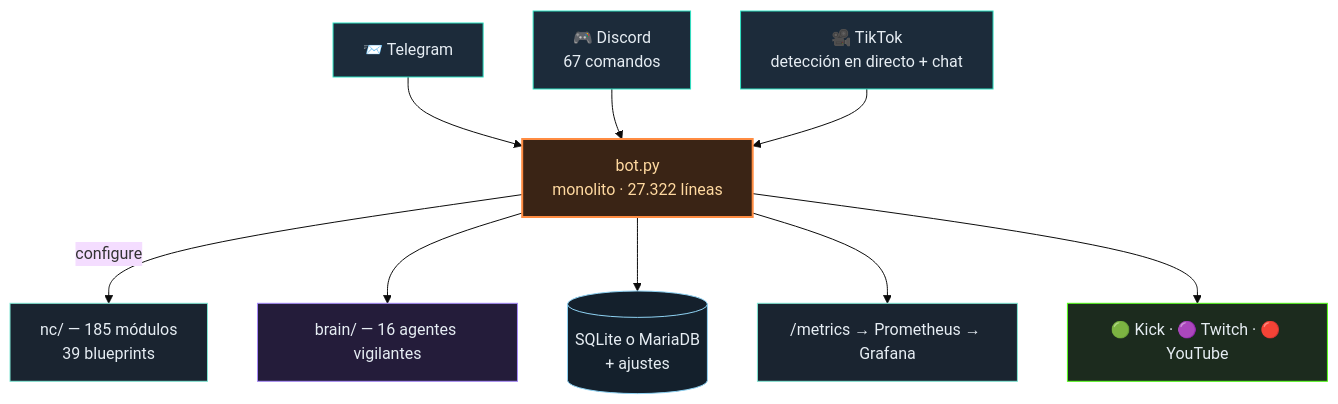
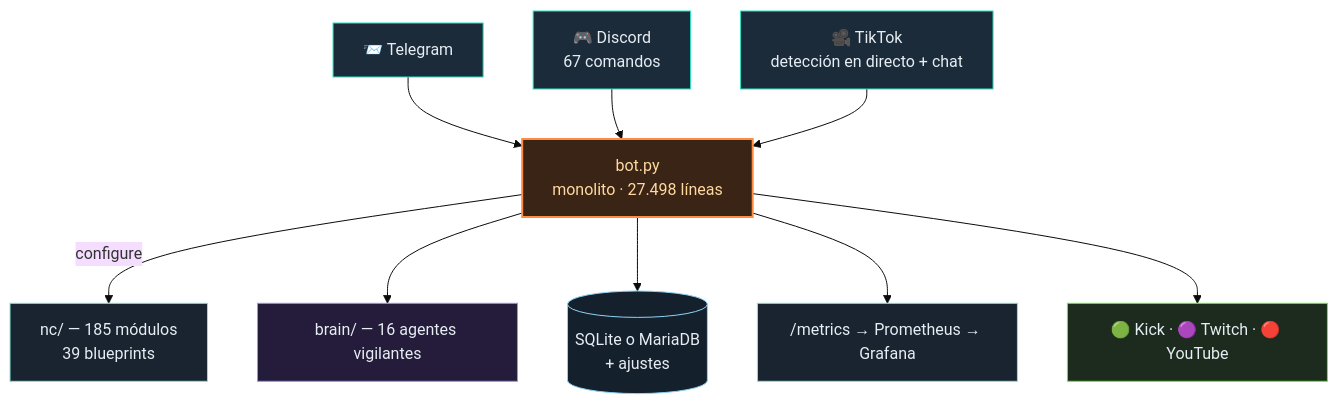
Before and after one commit to itsamemedev/Telegram-Stream-Info-Bot: the diagram in README.es.md, drawn with Mermaid (base theme). The commit also changed other lines of this file and 33 other files, not shown here.

````diff
--- a/README.es.md
+++ b/README.es.md
@@ -64,18 +64,18 @@
 ```mermaid
 flowchart TB
     TG["📨 Telegram"]:::ein --> BOT
     DC["🎮 Discord<br/>67 comandos"]:::ein --> BOT
     TT["🎥 TikTok<br/>detección en directo + chat"]:::ein --> BOT
-    BOT["bot.py<br/>monolito · 27.322 líneas"]:::core
+    BOT["bot.py<br/>monolito · 27.498 líneas"]:::core
     BOT -->|configure| NC["nc/ — 185 módulos<br/>39 blueprints"]:::lib
     BOT --> BRAIN["brain/ — 16 agentes vigilantes"]:::brain
     BOT --> DB[("SQLite o MariaDB<br/>+ ajustes")]:::db
     BOT --> PROM["/metrics → Prometheus → Grafana"]:::lib
     BOT --> OUT["🟢 Kick · 🟣 Twitch · 🔴 YouTube"]:::out
     classDef ein fill:#1c2b3a,stroke:#2de1c2,color:#e6edf3
     classDef core fill:#3a2415,stroke:#ff8c42,stroke-width:2px,color:#ffd9a0
     classDef lib fill:#1a2430,stroke:#7fe7d4,color:#e6edf3
     classDef brain fill:#241c3a,stroke:#a78bfa,color:#e6edf3
     classDef db fill:#14202c,stroke:#8fd3f4,color:#e6edf3
     classDef out fill:#1c2b1e,stroke:#53fc18,color:#e6edf3
 ```
````
